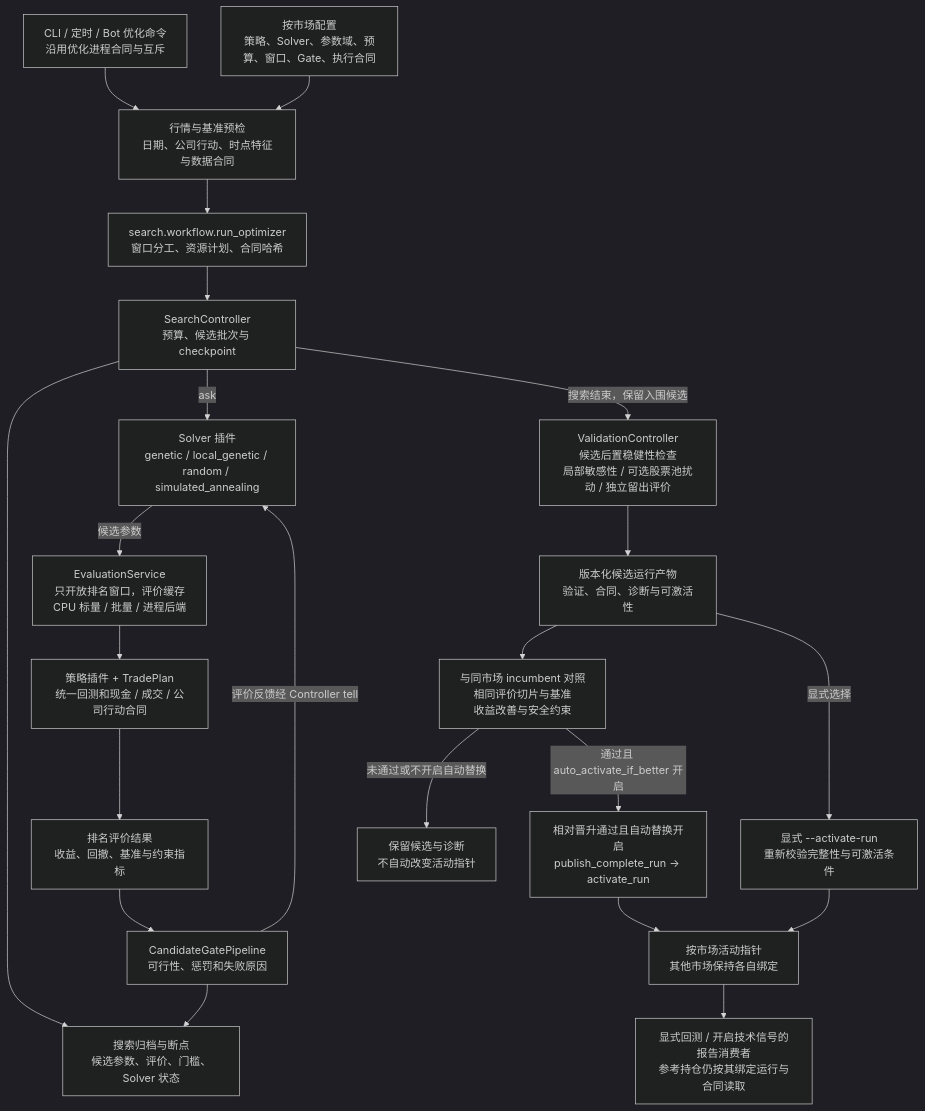
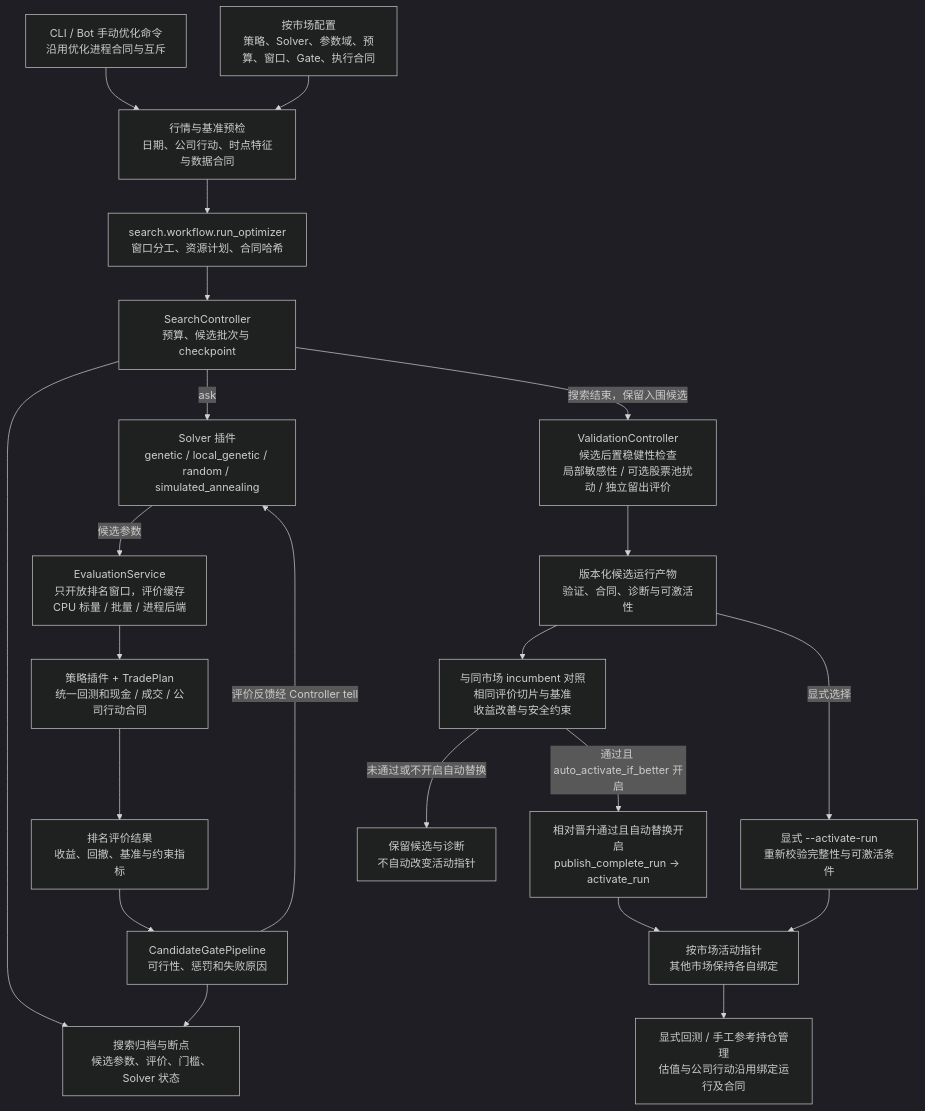
Before and after one commit to Saltflow/trade_eyes_keeper: the fifth of 7 diagrams in docs/architecture_overview.md, drawn with Mermaid (dark theme). The commit also changed other lines of this file and 100 other files, not shown here.

````diff
--- a/docs/architecture_overview.md
+++ b/docs/architecture_overview.md
@@ -168,39 +163,39 @@
 ```mermaid
 flowchart TB
-    START["CLI / 定时 / Bot 优化命令<br/>沿用优化进程合同与互斥"]
+    START["CLI / Bot 手动优化命令<br/>沿用优化进程合同与互斥"]
     CONFIG["按市场配置<br/>策略、Solver、参数域、预算、窗口、Gate、执行合同"]
     PREP["行情与基准预检<br/>日期、公司行动、时点特征与数据合同"]
     WF["search.workflow.run_optimizer<br/>窗口分工、资源计划、合同哈希"]
     CTRL["SearchController<br/>预算、候选批次与 checkpoint"]
     SOLVER["Solver 插件<br/>genetic / local_genetic / random / simulated_annealing"]
     EVAL["EvaluationService<br/>只开放排名窗口，评价缓存<br/>CPU 标量 / 批量 / 进程后端"]
     STRATEGY["策略插件 + TradePlan<br/>统一回测和现金 / 成交 / 公司行动合同"]
     METRICS["排名评价结果<br/>收益、回撤、基准与约束指标"]
     GATE["CandidateGatePipeline<br/>可行性、惩罚和失败原因"]
     ARCHIVE["搜索归档与断点<br/>候选参数、评价、门槛、Solver 状态"]
     VALIDATE["ValidationController<br/>候选后置稳健性检查<br/>局部敏感性 / 可选股票池扰动 / 独立留出评价"]
     CANDIDATE["版本化候选运行产物<br/>验证、合同、诊断与可激活性"]
     RELATIVE["与同市场 incumbent 对照<br/>相同评价切片与基准<br/>收益改善与安全约束"]
     AUTO["相对晋升通过且自动替换开启<br/>publish_complete_run → activate_run"]
     MANUAL["显式 --activate-run<br/>重新校验完整性与可激活条件"]
     ACTIVE["按市场活动指针<br/>其他市场保持各自绑定"]
-    CONSUMER["显式回测 / 开启技术信号的报告消费者<br/>参考持仓仍按其绑定运行与合同读取"]
+    CONSUMER["显式回测 / 手工参考持仓管理<br/>估值与公司行动沿用绑定运行及合同"]
 
     START --> PREP
     CONFIG --> PREP
     PREP --> WF --> CTRL
     CTRL -->|ask| SOLVER
     SOLVER -->|候选参数| EVAL
     EVAL --> STRATEGY --> METRICS --> GATE
     GATE -->|评价反馈经 Controller tell| SOLVER
     CTRL --> ARCHIVE
     GATE --> ARCHIVE
     CTRL -->|搜索结束，保留入围候选| VALIDATE
     VALIDATE --> CANDIDATE
     CANDIDATE --> RELATIVE -->|通过且 auto_activate_if_better 开启| AUTO
     CANDIDATE -->|显式选择| MANUAL
     AUTO --> ACTIVE
     MANUAL --> ACTIVE
     ACTIVE --> CONSUMER
     RELATIVE -->|未通过或不开启自动替换| KEEP["保留候选与诊断<br/>不自动改变活动指针"]
 ```
````
